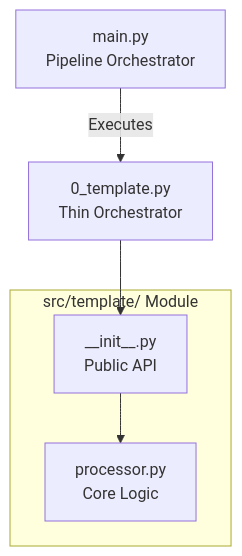
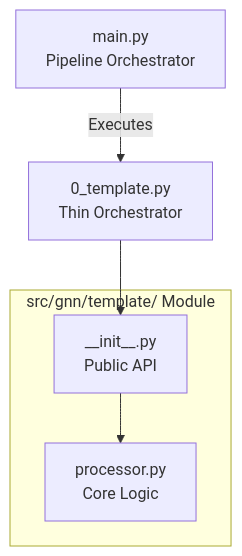
One commit to ActiveInferenceInstitute/GeneralizedNotationNotation changed the diagram in doc/gnn/modules/00_template.md. Above: the diagram before and after it, drawn with Mermaid. The commit also changed other lines of this file and 4976 other files, not shown here.

First line of the commit message:
refactor: rename src package to gnn (v0.5 bridge layout), unify API surface, close Lean seam

````diff
--- a/doc/gnn/modules/00_template.md
+++ b/doc/gnn/modules/00_template.md
@@ -19,12 +19,12 @@
 ```mermaid
 flowchart TD
     Main[main.py<br/>Pipeline Orchestrator] -->| Executes| Step0[0_template.py<br/>Thin Orchestrator]
     
-    subgraph "src/template/ Module"
+    subgraph "src/gnn/template/ Module"
         Init[__init__.py<br/>Public API]
         Proc[processor.py<br/>Core Logic]
     end
 
     Step0 --> Init
     Init --> Proc
 ```
````
